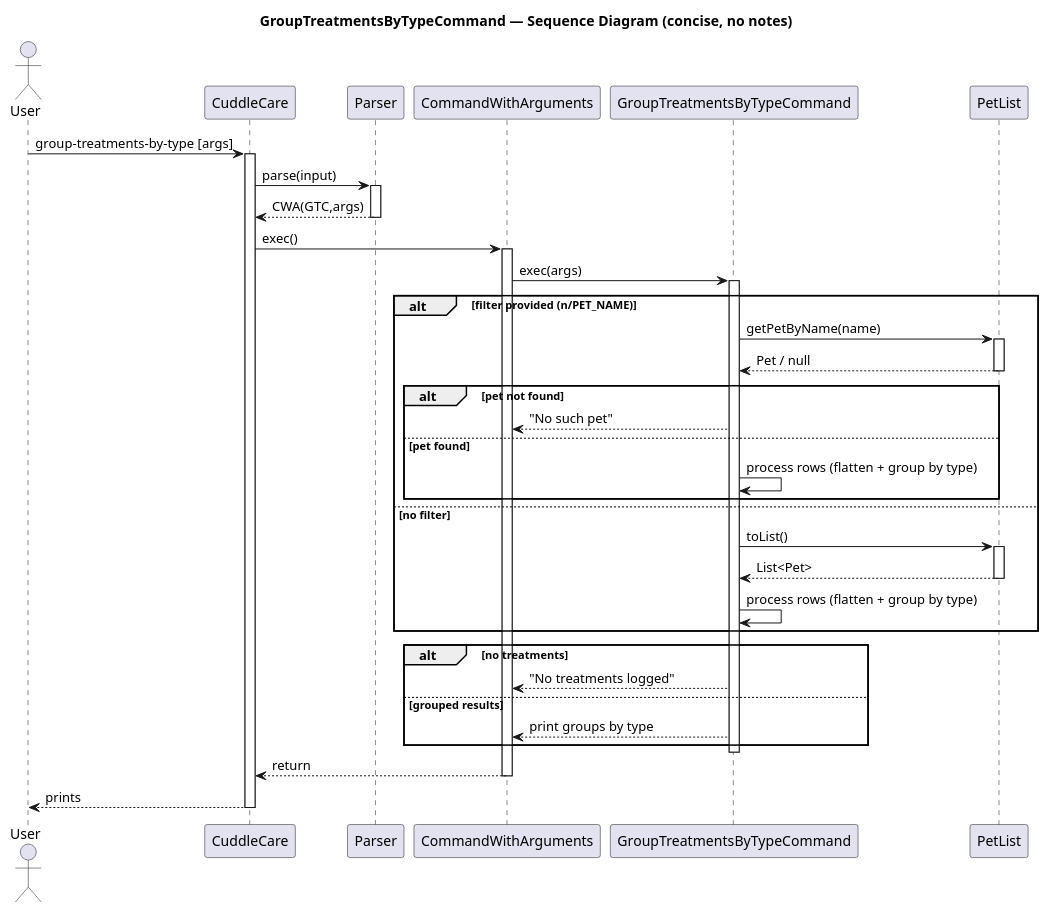
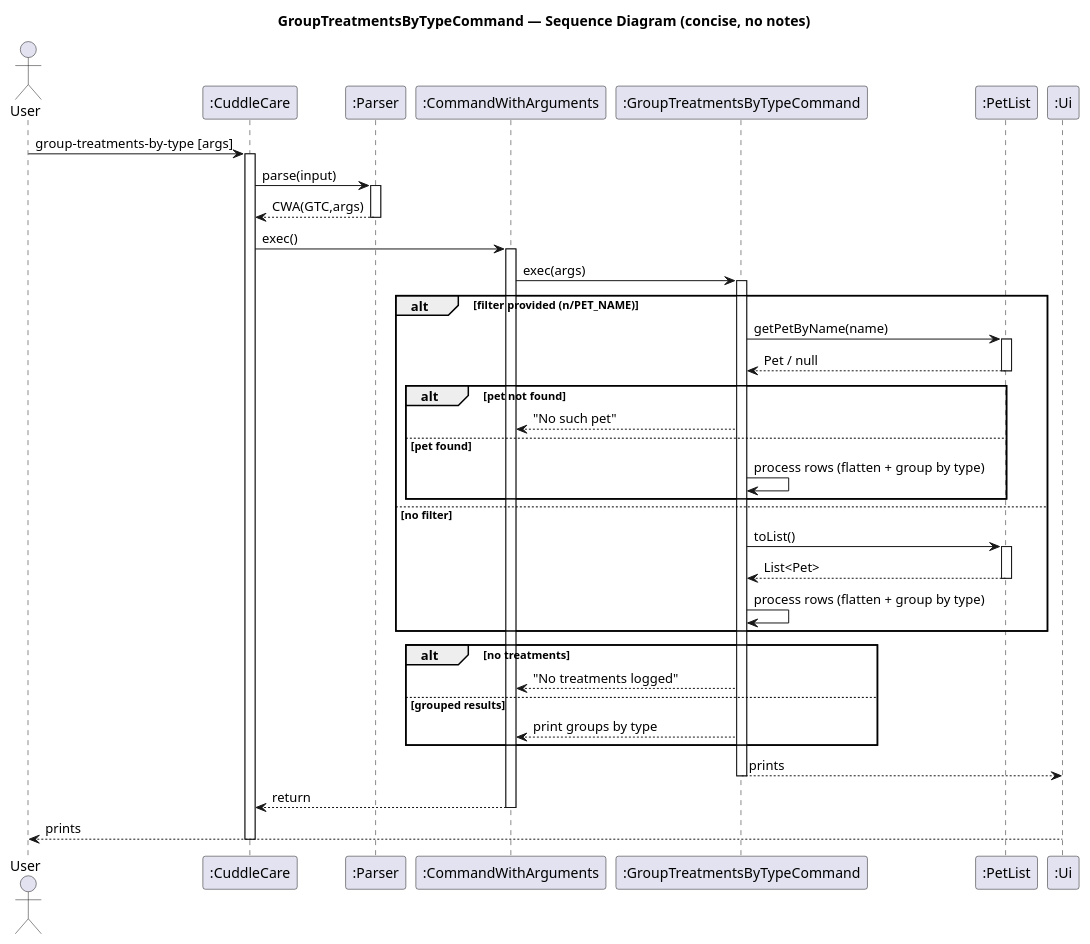
One commit to Kevin88866/tp changed the diagram in docs/uml/GroupTreatmentsByTypeCommand_Sequence_Diagram.puml. Above: the diagram before and after it, drawn with PlantUML. The commit also changed 19 other files, not shown here.

First line of the commit message:
update class and sequence diagram of listpet, mark/unmarktreatments, edit pet, group treatments by type

```diff
--- a/docs/uml/GroupTreatmentsByTypeCommand_Sequence_Diagram.puml
+++ b/docs/uml/GroupTreatmentsByTypeCommand_Sequence_Diagram.puml
@@ -1,51 +1,53 @@
 @startuml
 title GroupTreatmentsByTypeCommand — Sequence Diagram (concise, no notes)
 actor User
-participant CuddleCare
-participant Parser
-participant CommandWithArguments as CWA
-participant GroupTreatmentsByTypeCommand as GTC
-participant PetList
+participant ":CuddleCare" as CuddleCare
+participant ":Parser" as Parser
+participant ":CommandWithArguments" as CWA
+participant ":GroupTreatmentsByTypeCommand" as GTC
+participant ":PetList" as PetList
+participant ":Ui" as Ui
 
 User -> CuddleCare : group-treatments-by-type [args]
 activate CuddleCare
 CuddleCare -> Parser : parse(input)
 activate Parser
 Parser --> CuddleCare : CWA(GTC,args)
 deactivate Parser
 
 CuddleCare -> CWA : exec()
 activate CWA
 CWA -> GTC : exec(args)
 activate GTC
 
 alt filter provided (n/PET_NAME)
   GTC -> PetList : getPetByName(name)
   activate PetList
   PetList --> GTC : Pet / null
   deactivate PetList
   alt pet not found
     GTC --> CWA : "No such pet"
   else pet found
     GTC -> GTC : process rows (flatten + group by type)
   end
 else no filter
   GTC -> PetList : toList()
   activate PetList
   PetList --> GTC : List<Pet>
   deactivate PetList
   GTC -> GTC : process rows (flatten + group by type)
 end
 
 alt no treatments
   GTC --> CWA : "No treatments logged"
 else grouped results
   GTC --> CWA : print groups by type
 end
 
+  GTC --> Ui : prints
 deactivate GTC
 CWA --> CuddleCare : return
 deactivate CWA
-CuddleCare --> User : prints
+Ui --> User : prints
 deactivate CuddleCare
 @enduml
```
